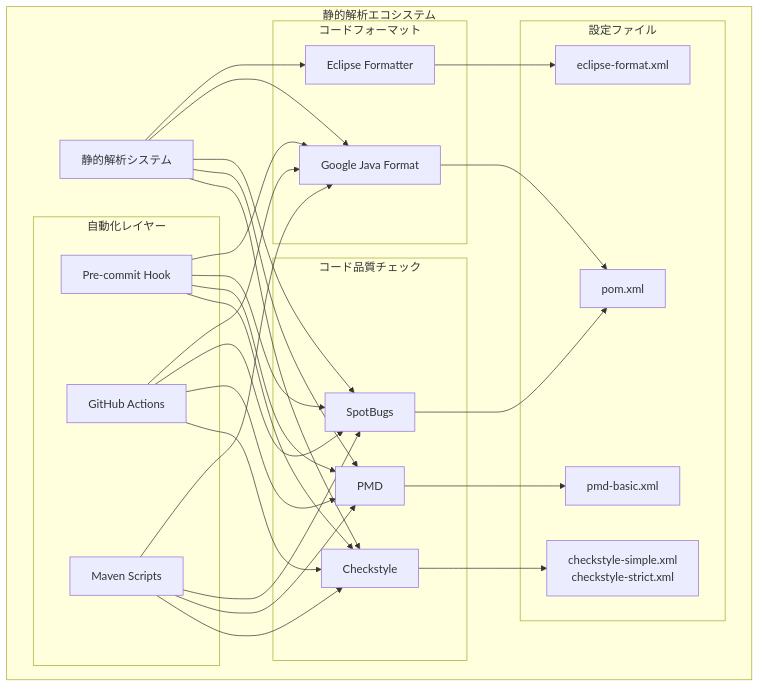
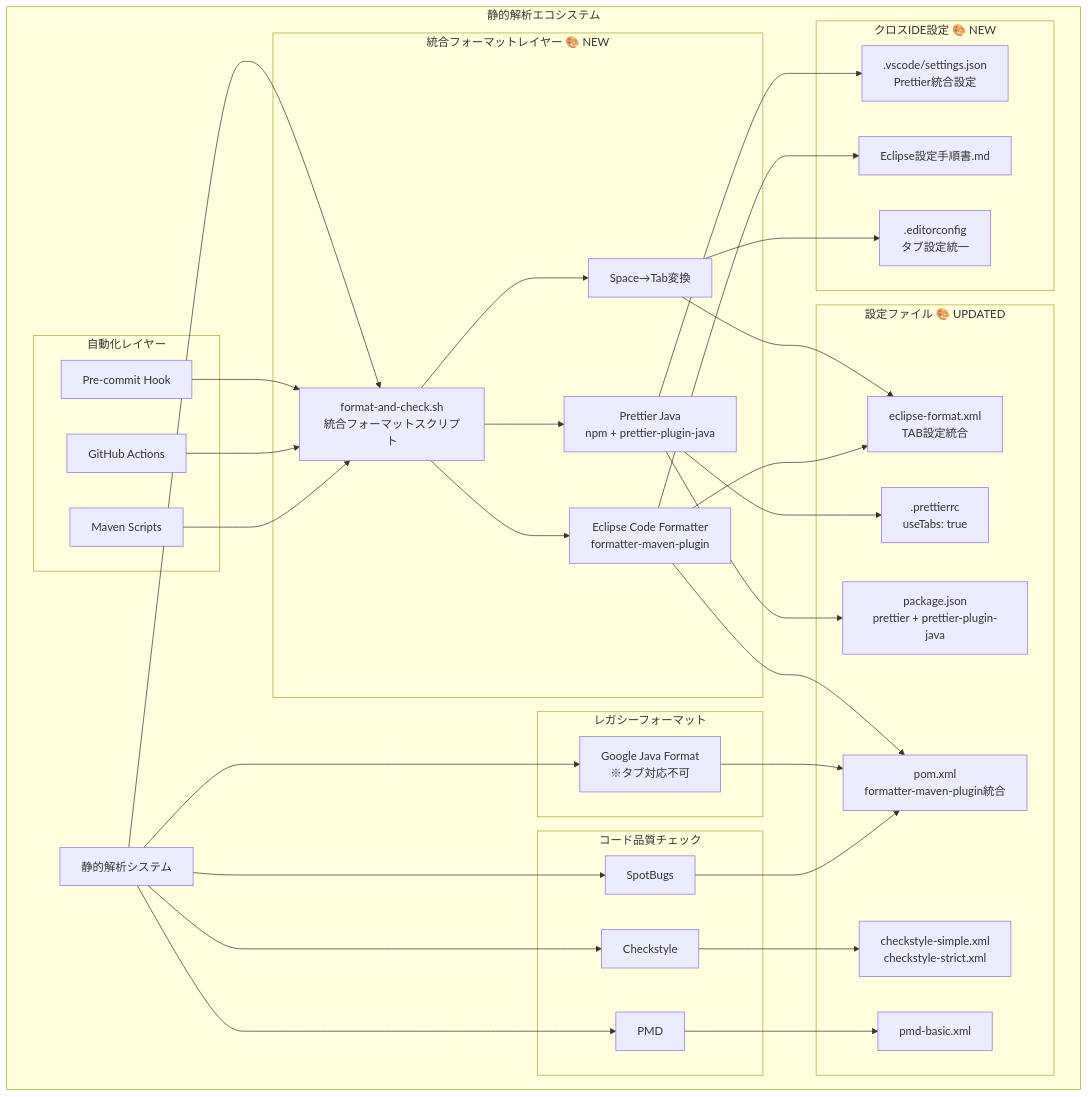
One commit to digital-ojt/development-webCourse-DroneInventorySystem changed the first of 11 diagrams in scripts/STATIC_ANALYSIS_TOOLS_FEATURE_DIAGRAM.md. Above: the diagram before and after it, drawn with Mermaid. The commit also changed other lines of this file and 67 other files, not shown here.

````diff
--- a/scripts/STATIC_ANALYSIS_TOOLS_FEATURE_DIAGRAM.md
+++ b/scripts/STATIC_ANALYSIS_TOOLS_FEATURE_DIAGRAM.md
@@ -8,57 +10,73 @@
 ```mermaid
 graph TB
     subgraph "静的解析エコシステム"
         SA[静的解析システム]
+        
+        subgraph "統合フォーマットレイヤー 🎨 NEW"
+            IFS[format-and-check.sh<br/>統合フォーマットスクリプト]
+            ST[Space→Tab変換]
+            PJ[Prettier Java<br/>npm + prettier-plugin-java]
+            EF[Eclipse Code Formatter<br/>formatter-maven-plugin]
+        end
         
         subgraph "コード品質チェック"
             CS[Checkstyle]
             PMD[PMD]
             SB[SpotBugs]
         end
         
-        subgraph "コードフォーマット"
-            GJF[Google Java Format]
-            EF[Eclipse Formatter]
+        subgraph "レガシーフォーマット"
+            GJF[Google Java Format<br/>※タブ対応不可]
         end
         
         subgraph "自動化レイヤー"
             PC[Pre-commit Hook]
             CI[GitHub Actions]
             MS[Maven Scripts]
         end
         
-        subgraph "設定ファイル"
+        subgraph "設定ファイル 🎨 UPDATED"
             CSC[checkstyle-simple.xml<br/>checkstyle-strict.xml]
             PMDC[pmd-basic.xml]
-            EFC[eclipse-format.xml]
-            POM[pom.xml]
+            EFC[eclipse-format.xml<br/>TAB設定統合]
+            PRC[.prettierrc<br/>useTabs: true]
+            PCJ[package.json<br/>prettier + prettier-plugin-java]
+            POM[pom.xml<br/>formatter-maven-plugin統合]
+        end
+        
+        subgraph "クロスIDE設定 🎨 NEW"
+            VSC[.vscode/settings.json<br/>Prettier統合設定]
+            EC[.editorconfig<br/>タブ設定統一]
+            EPR[Eclipse設定手順書.md]
         end
     end
+    
+    SA --> IFS
+    IFS --> ST
+    IFS --> PJ
+    IFS --> EF
     
     SA --> CS
     SA --> PMD
     SA --> SB
     SA --> GJF
-    SA --> EF
+    
+    ST --> EFC
+    PJ --> PRC
+    PJ --> PCJ
+    EF --> EFC
+    EF --> POM
     
     CS --> CSC
     PMD --> PMDC
-    EF --> EFC
     GJF --> POM
     SB --> POM
     
-    PC --> CS
-    PC --> PMD
-    PC --> SB
-    PC --> GJF
+    PJ --> VSC
+    EF --> EPR
+    ST --> EC
     
-    CI --> CS
-    CI --> PMD
-    CI --> SB
-    CI --> GJF
-    
-    MS --> CS
-    MS --> PMD
-    MS --> SB
-    MS --> GJF
+    PC --> IFS
+    CI --> IFS
+    MS --> IFS
 ```
````
